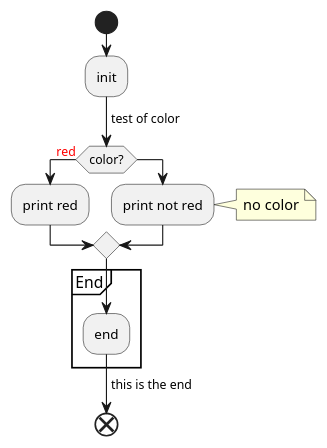
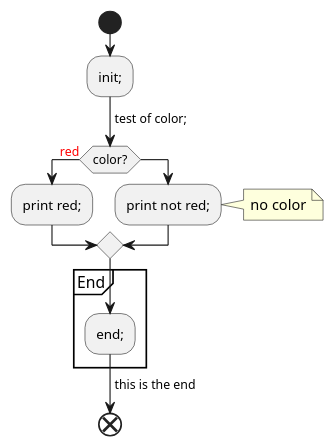
One commit to TLmaK0/gravizo changed the first of 4 diagrams in README.md. Above: the diagram before and after it, drawn with PlantUML.

```diff
--- a/README.md
+++ b/README.md
@@ -12,16 +12,16 @@
 @startuml
 start
-:init;
--> test of color;
+:init;;
+-> test of color;;
 if (color?) is (<color:red>red) then
-:print red;
+:print red;;
 else 
-:print not red;
+:print not red;;
 note right: no color
 endif
 partition End {
-:end;
+:end;;
 }
 -> this is the end;
 end
 @enduml
```
